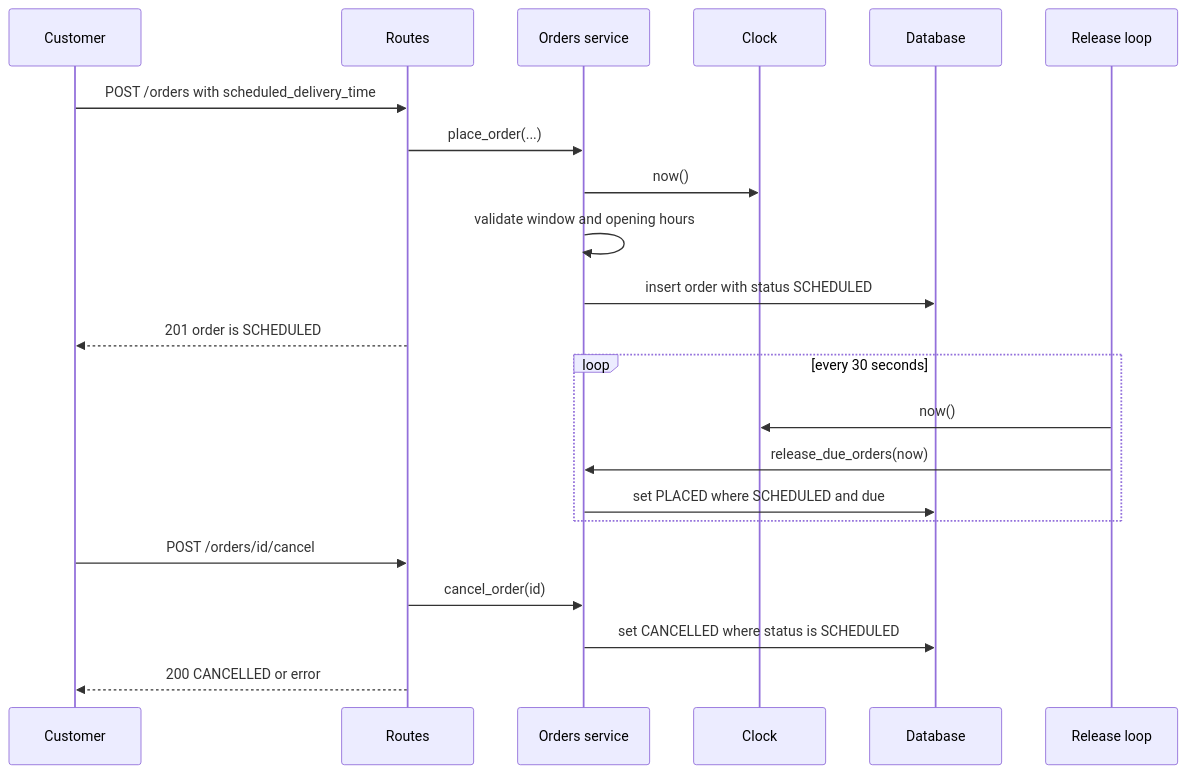
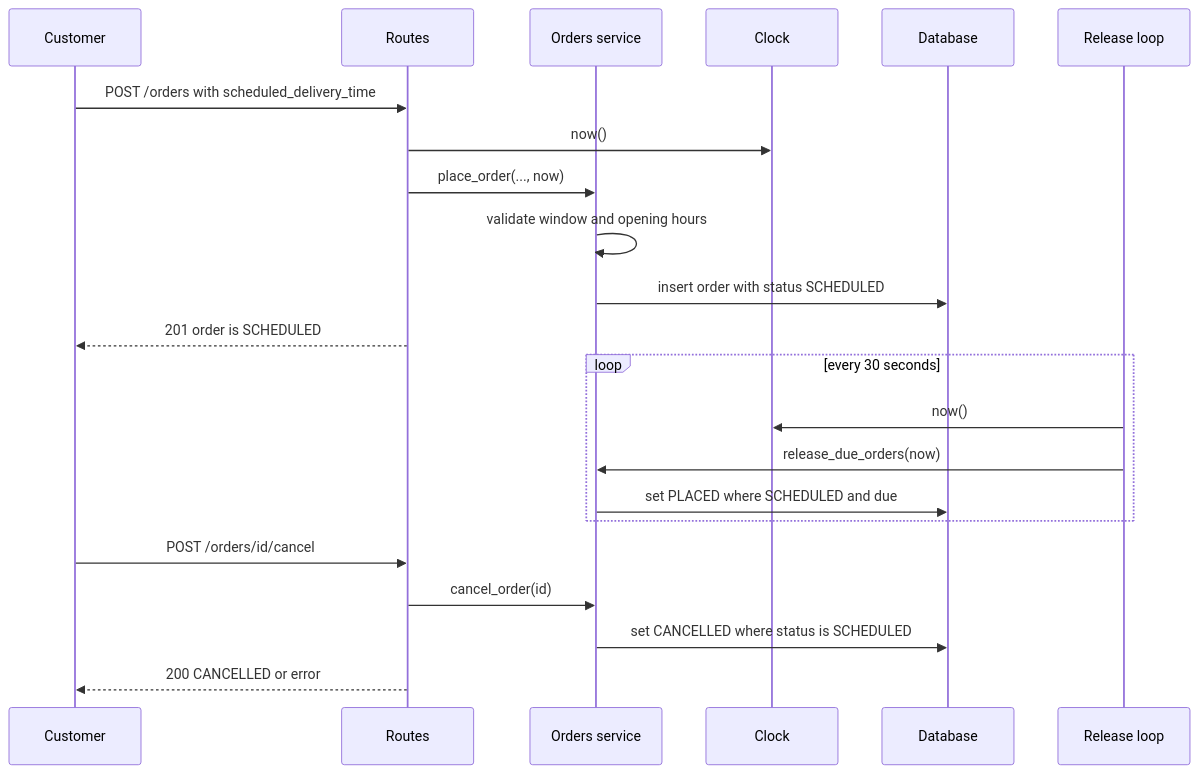
One commit to KalokYY/minidash changed the diagram in docs/design.md. Above: the diagram before and after it, drawn with Mermaid. The commit also changed other lines of this file and 4 other files, not shown here.

````diff
--- a/docs/design.md
+++ b/docs/design.md
@@ -35,27 +48,27 @@
 ```mermaid
 sequenceDiagram
     participant C as Customer
     participant R as Routes
     participant S as Orders service
     participant K as Clock
     participant D as Database
     participant L as Release loop
 
     C->>R: POST /orders with scheduled_delivery_time
-    R->>S: place_order(...)
-    S->>K: now()
+    R->>K: now()
+    R->>S: place_order(..., now)
     S->>S: validate window and opening hours
     S->>D: insert order with status SCHEDULED
     R-->>C: 201 order is SCHEDULED
 
     loop every 30 seconds
         L->>K: now()
         L->>S: release_due_orders(now)
         S->>D: set PLACED where SCHEDULED and due
     end
 
     C->>R: POST /orders/id/cancel
     R->>S: cancel_order(id)
     S->>D: set CANCELLED where status is SCHEDULED
     R-->>C: 200 CANCELLED or error
 ```
````
